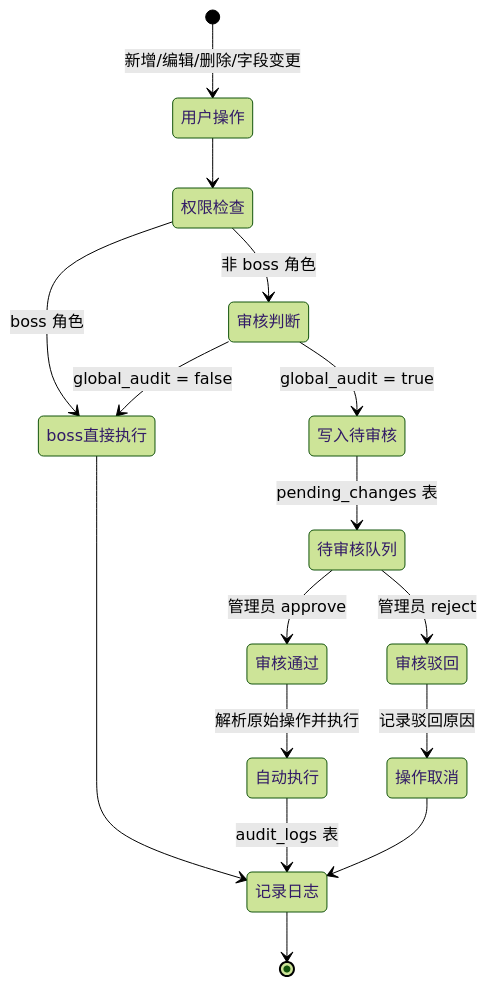
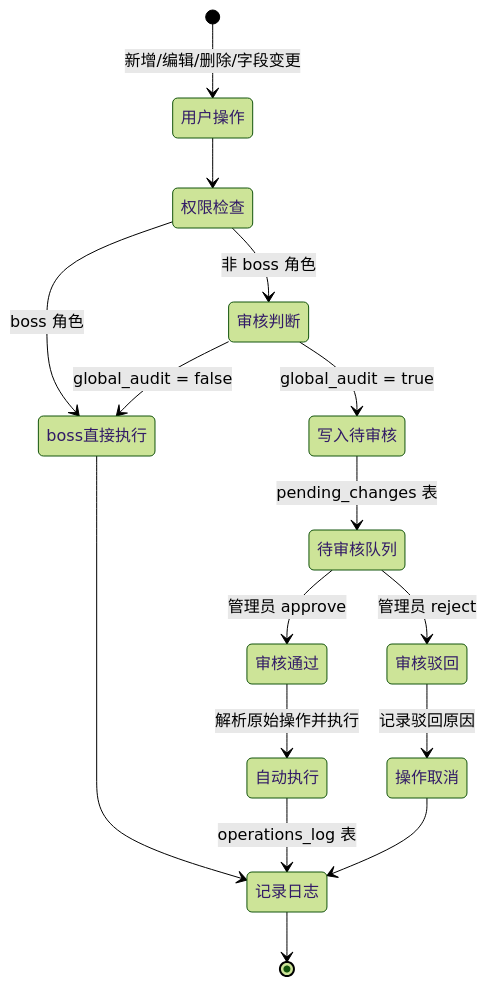
One commit to jincheng3870682453-hash/shujuku changed the fifth of 9 diagrams in 架构图.md. Above: the diagram before and after it, drawn with Mermaid (forest theme). The commit also changed other lines of this file and 7 other files, not shown here.

````diff
--- a/架构图.md
+++ b/架构图.md
@@ -221,25 +268,25 @@
 ```mermaid
 stateDiagram-v2
     [*] --> 用户操作: 新增/编辑/删除/字段变更
-    
+
     用户操作 --> 权限检查
     权限检查 --> boss直接执行: boss 角色
     权限检查 --> 审核判断: 非 boss 角色
-    
+
     审核判断 --> boss直接执行: global_audit = false
     审核判断 --> 写入待审核: global_audit = true
-    
+
     写入待审核 --> 待审核队列: pending_changes 表
-    
+
     待审核队列 --> 审核通过: 管理员 approve
     待审核队列 --> 审核驳回: 管理员 reject
-    
+
     审核通过 --> 自动执行: 解析原始操作并执行
     审核驳回 --> 操作取消: 记录驳回原因
-    
-    自动执行 --> 记录日志: audit_logs 表
+
+    自动执行 --> 记录日志: operations_log 表
     boss直接执行 --> 记录日志
     操作取消 --> 记录日志
-    
+
     记录日志 --> [*]
 ```
````
